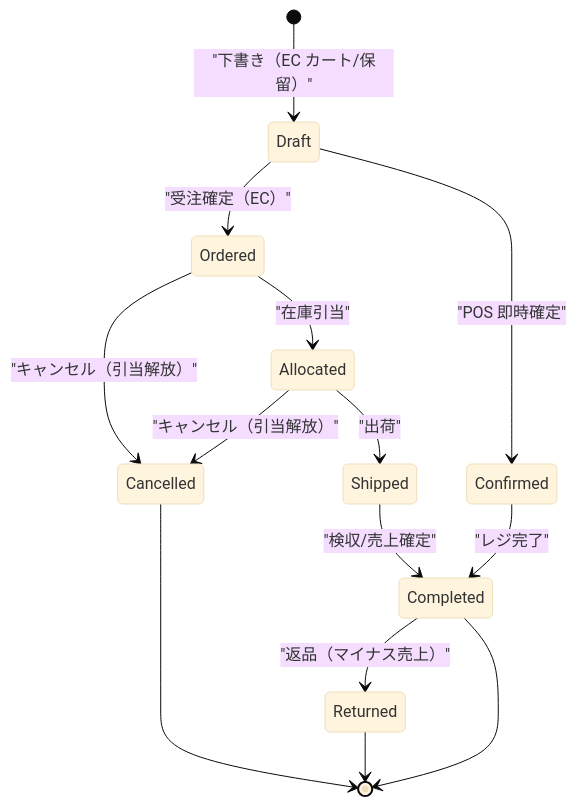
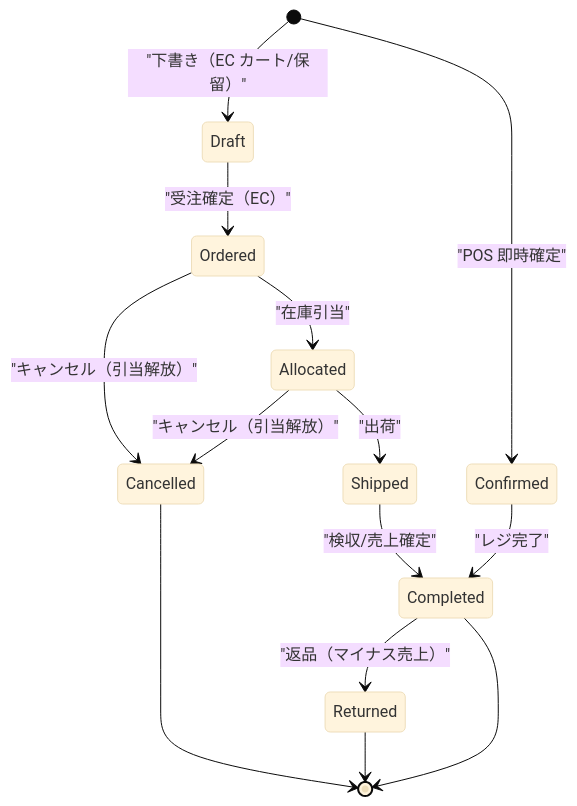
Before and after one commit to TSUNAGUBA/akebono-honshu: the tenth of 10 diagrams in docs/platform-design/basic-design/04-service-retail.md, drawn with Mermaid (base theme). The commit also changed other lines of this file and 30 other files, not shown here.

````diff
--- a/docs/platform-design/basic-design/04-service-retail.md
+++ b/docs/platform-design/basic-design/04-service-retail.md
@@ -428,16 +428,16 @@
 ```mermaid
 stateDiagram-v2
     [*] --> Draft: "下書き（EC カート/保留）"
     Draft --> Ordered: "受注確定（EC）"
     Ordered --> Allocated: "在庫引当"
     Allocated --> Shipped: "出荷"
     Shipped --> Completed: "検収/売上確定"
-    Draft --> Confirmed: "POS 即時確定"
+    [*] --> Confirmed: "POS 即時確定"
     Confirmed --> Completed: "レジ完了"
     Ordered --> Cancelled: "キャンセル（引当解放）"
     Allocated --> Cancelled: "キャンセル（引当解放）"
     Completed --> Returned: "返品（マイナス売上）"
     Cancelled --> [*]
     Returned --> [*]
     Completed --> [*]
 ```
````
